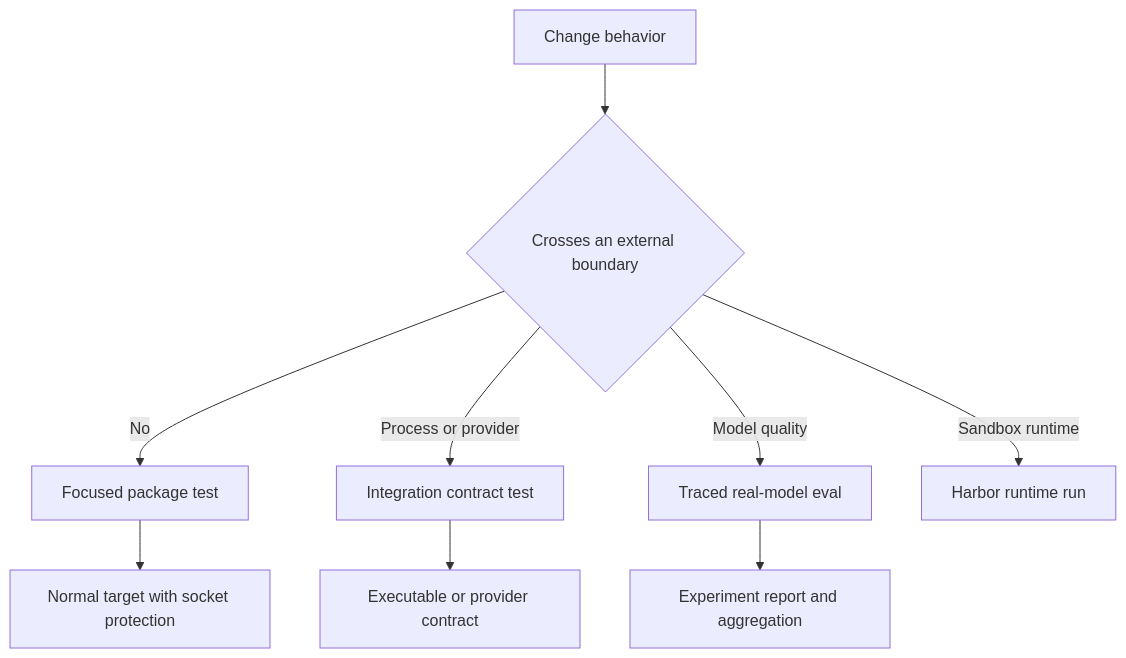
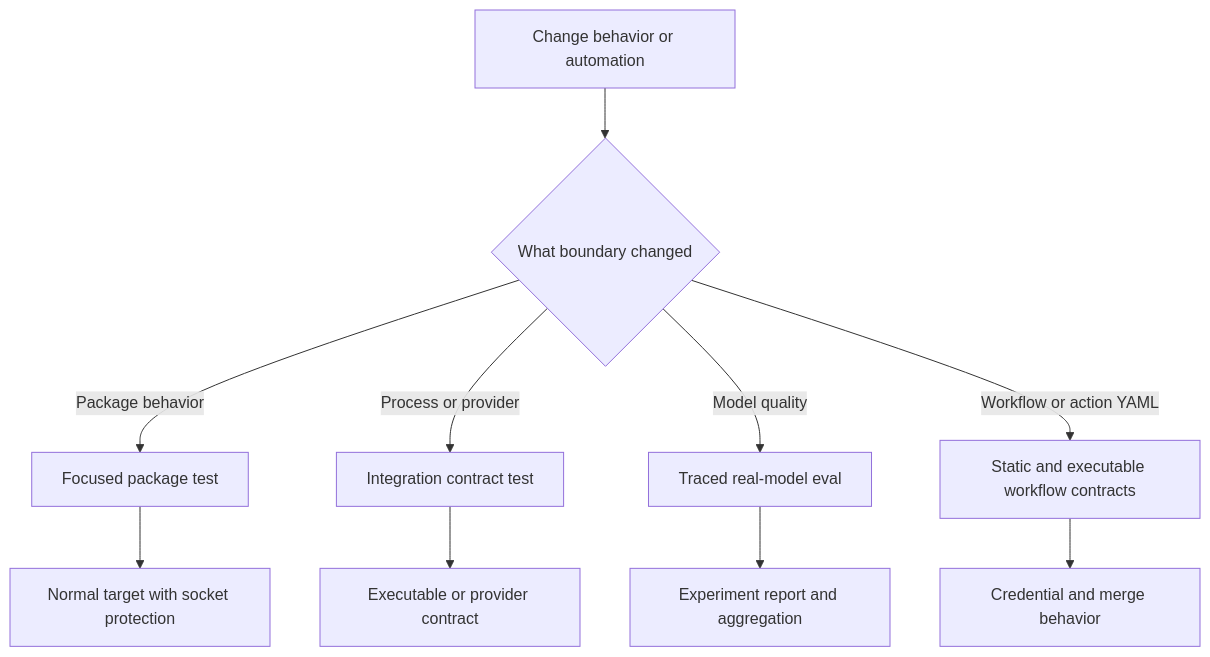
Before and after one commit to langchain-ai/deepagents: the diagram in openwiki/testing/testing-guide.md, drawn with Mermaid. The commit also changed other lines of this file and 11 other files, not shown here.

````diff
--- a/openwiki/testing/testing-guide.md
+++ b/openwiki/testing/testing-guide.md
@@ -77,11 +90,12 @@
 ```mermaid
 flowchart TD
-    Change["Change behavior"] --> Boundary{"Crosses an external boundary"}
-    Boundary -->|"No"| Unit["Focused package test"]
+    Change["Change behavior or automation"] --> Kind{"What boundary changed"}
+    Kind -->|"Package behavior"| Unit["Focused package test"]
     Unit --> Normal["Normal target with socket protection"]
-    Boundary -->|"Process or provider"| Integration["Integration contract test"]
-    Boundary -->|"Model quality"| EvalRun["Traced real-model eval"]
-    Boundary -->|"Sandbox runtime"| Harbor["Harbor runtime run"]
+    Kind -->|"Process or provider"| Integration["Integration contract test"]
+    Kind -->|"Model quality"| EvalRun["Traced real-model eval"]
+    Kind -->|"Workflow or action YAML"| Workflow["Static and executable workflow contracts"]
     Integration --> Contract["Executable or provider contract"]
     EvalRun --> Report["Experiment report and aggregation"]
+    Workflow --> Automation["Credential and merge behavior"]
 ```
````
